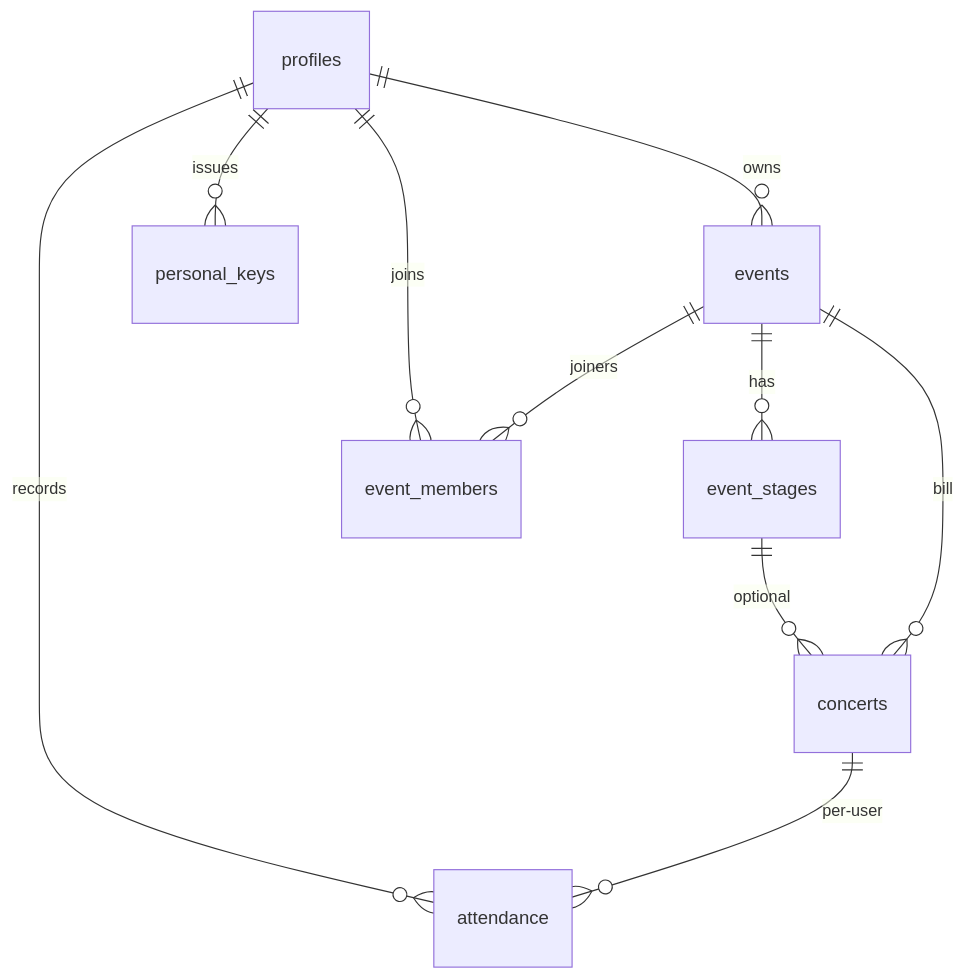
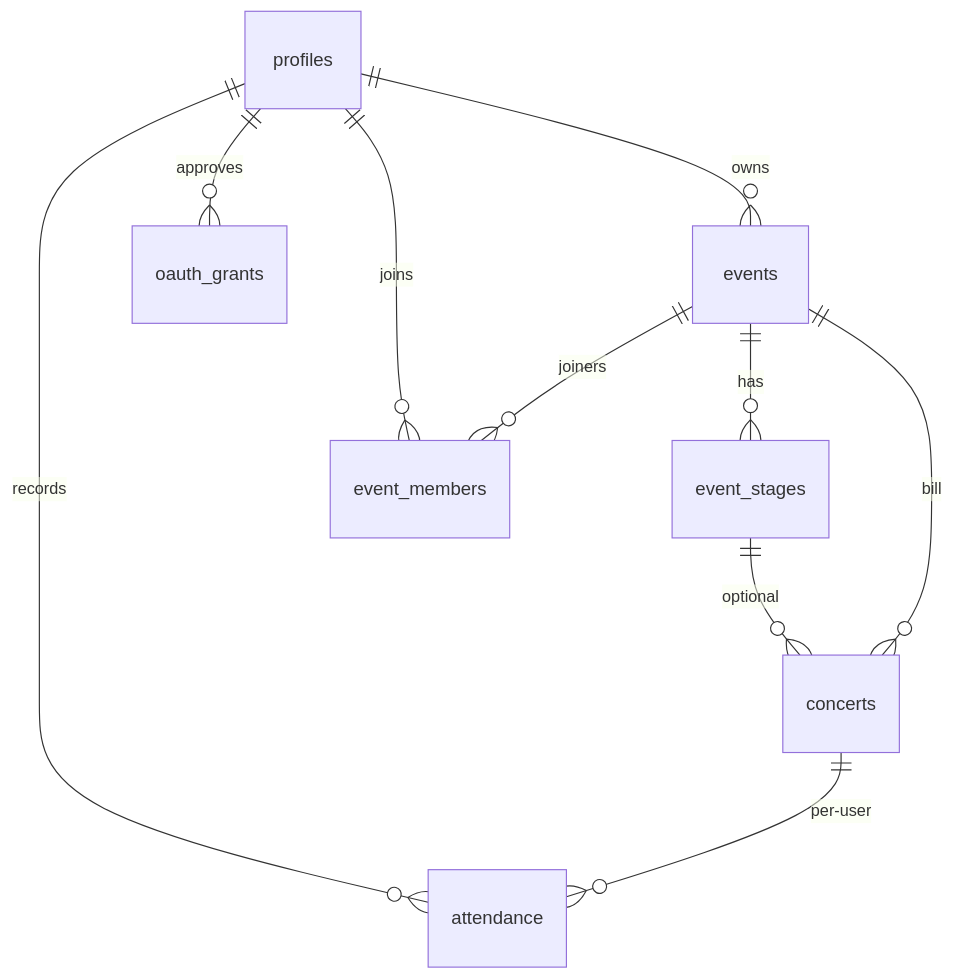
One commit to PReynaud/livememory-app changed the second of 3 diagrams in _bmad-output/planning-artifacts/architecture/architecture-livememory-2026-08-17/ARCHITECTURE-SPINE.md. Above: the diagram before and after it, drawn with Mermaid. The commit also changed other lines of this file and 47 other files, not shown here.

First line of the commit message:
Replace personal-key MCP auth with OAuth 2.1 (#52)

````diff
--- a/_bmad-output/planning-artifacts/architecture/architecture-livememory-2026-08-17/ARCHITECTURE-SPINE.md
+++ b/_bmad-output/planning-artifacts/architecture/architecture-livememory-2026-08-17/ARCHITECTURE-SPINE.md
@@ -197,12 +197,12 @@
 ```mermaid
 erDiagram
   profiles ||--o{ events : owns
   events ||--o{ concerts : bill
   events ||--o{ event_stages : has
   events ||--o{ event_members : joiners
   event_stages ||--o{ concerts : optional
   concerts ||--o{ attendance : per-user
   profiles ||--o{ attendance : records
   profiles ||--o{ event_members : joins
-  profiles ||--o{ personal_keys : issues
+  profiles ||--o{ oauth_grants : approves
 ```
````
